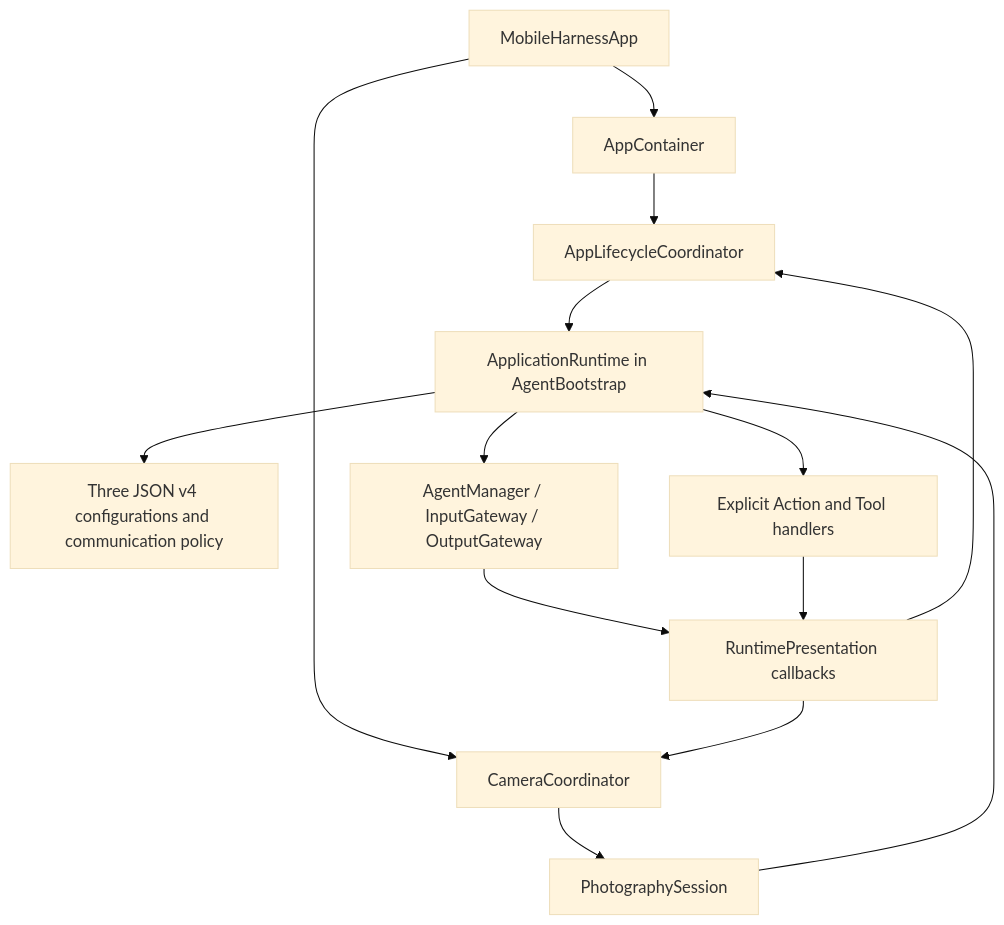
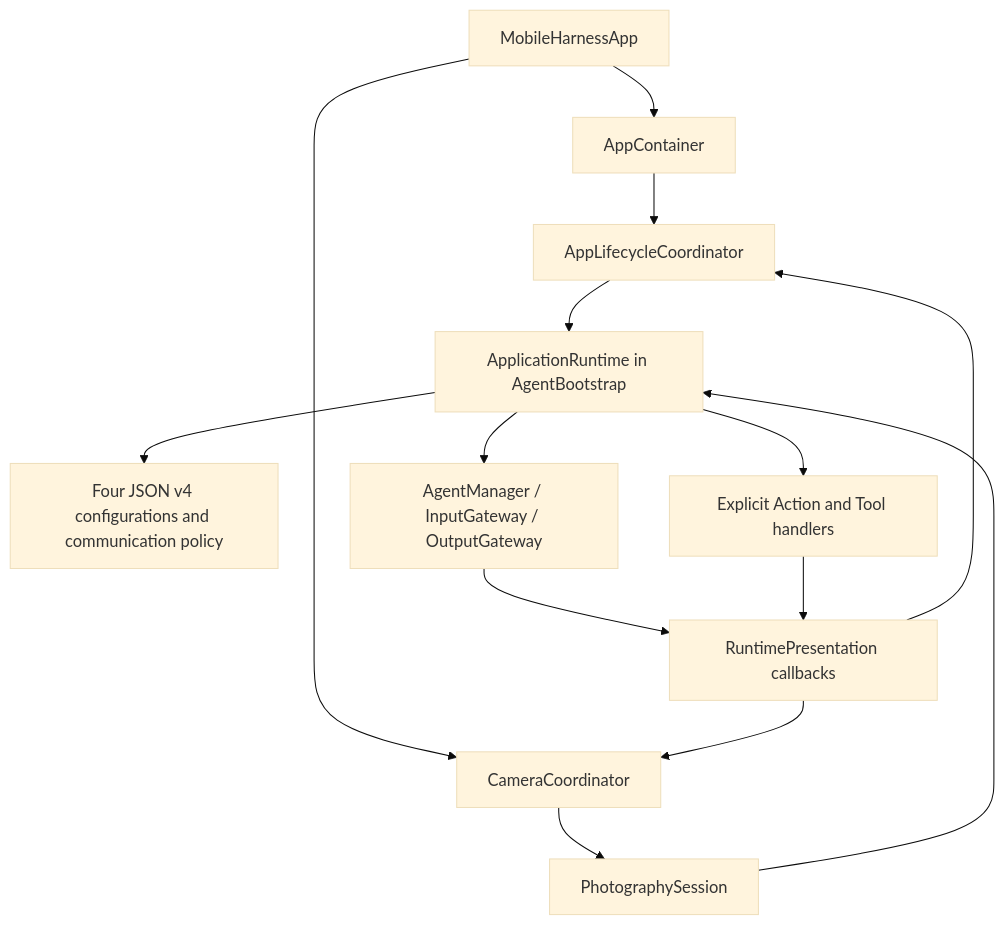
One commit to devilyouwei/MobileHarness changed the second of 3 diagrams in MobileHarness/App/README.md. Above: the diagram before and after it, drawn with Mermaid (base theme). The commit also changed other lines of this file and 124 other files, not shown here.

````diff
--- a/MobileHarness/App/README.md
+++ b/MobileHarness/App/README.md
@@ -40,16 +42,16 @@
 ```mermaid
 flowchart TD
     Entry[MobileHarnessApp] --> Container[AppContainer]
     Entry --> Camera[CameraCoordinator]
     Container --> Voice[AppLifecycleCoordinator]
     Voice --> Shared[ApplicationRuntime in AgentBootstrap]
     Camera --> Session[PhotographySession]
     Session --> Shared
-    Shared --> Policy[Three JSON v4 configurations and communication policy]
+    Shared --> Policy[Four JSON v4 configurations and communication policy]
     Shared --> Transport[AgentManager / InputGateway / OutputGateway]
     Shared --> Handlers[Explicit Action and Tool handlers]
     Transport --> Presentation[RuntimePresentation callbacks]
     Handlers --> Presentation
     Presentation --> Voice
     Presentation --> Camera
 ```
````
